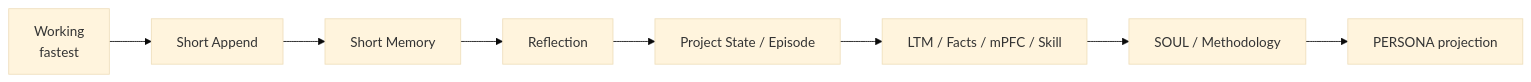
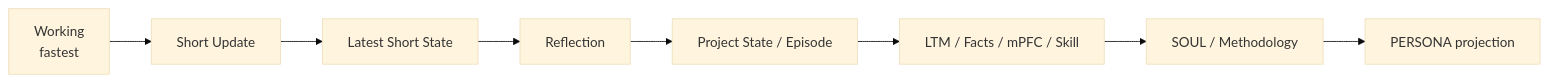
The second of 3 diagrams in docs/architecture.md (Ri0n72Y/agent-identity-cycle), drawn with Mermaid (base theme) before and after one commit. The commit also changed other lines of this file and 5 other files, not shown here.

First line of the commit message:
fix: keep only latest short-memory state per project session

````diff
--- a/docs/architecture.md
+++ b/docs/architecture.md
@@ -50,10 +52,10 @@
 ```mermaid
 flowchart LR
-    A[Working\nfastest] --> B[Short Append]
-    B --> C[Short Memory]
+    A[Working\nfastest] --> B[Short Update]
+    B --> C[Latest Short State]
     C --> D[Reflection]
     D --> E[Project State / Episode]
     E --> F[LTM / Facts / mPFC / Skill]
     F --> G[SOUL / Methodology]
     G --> H[PERSONA projection]
 ```
````
